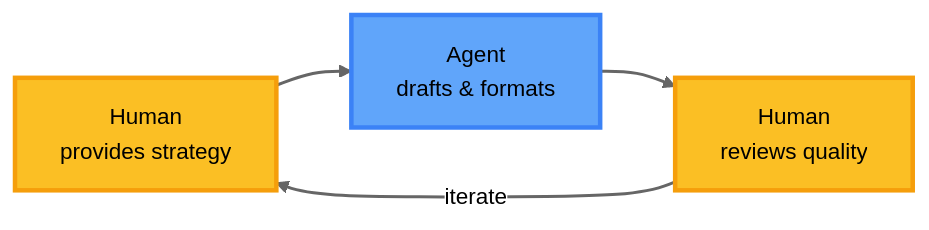
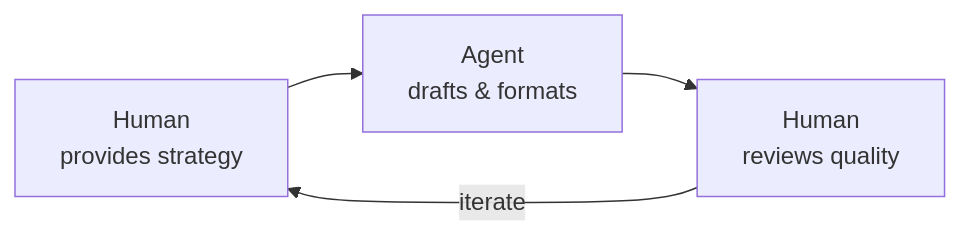
The second of 4 diagrams in src/MeshWeaver.Documentation/Data/AI/AgenticAI.md (Systemorph/MeshWeaver), drawn with Mermaid before and after one commit. The commit also changed other lines of this file and 44 other files, not shown here.

````diff
--- a/src/MeshWeaver.Documentation/Data/AI/AgenticAI.md
+++ b/src/MeshWeaver.Documentation/Data/AI/AgenticAI.md
@@ -89,13 +82,6 @@
 ```mermaid
-%%{init: {'theme':'neutral', 'themeVariables': {'fontSize':'15px'}}}%%
 graph LR
     A["Human<br/>provides strategy"] --> B["Agent<br/>drafts & formats"]
     B --> C["Human<br/>reviews quality"]
     C -->|"iterate"| A
-
-    style A fill:#fbbf24,stroke:#f59e0b,stroke-width:3px
-    style C fill:#fbbf24,stroke:#f59e0b,stroke-width:3px
-    style B fill:#60a5fa,stroke:#3b82f6,stroke-width:3px
-
-    linkStyle 0,1,2 stroke-width:2px
 ```
````
